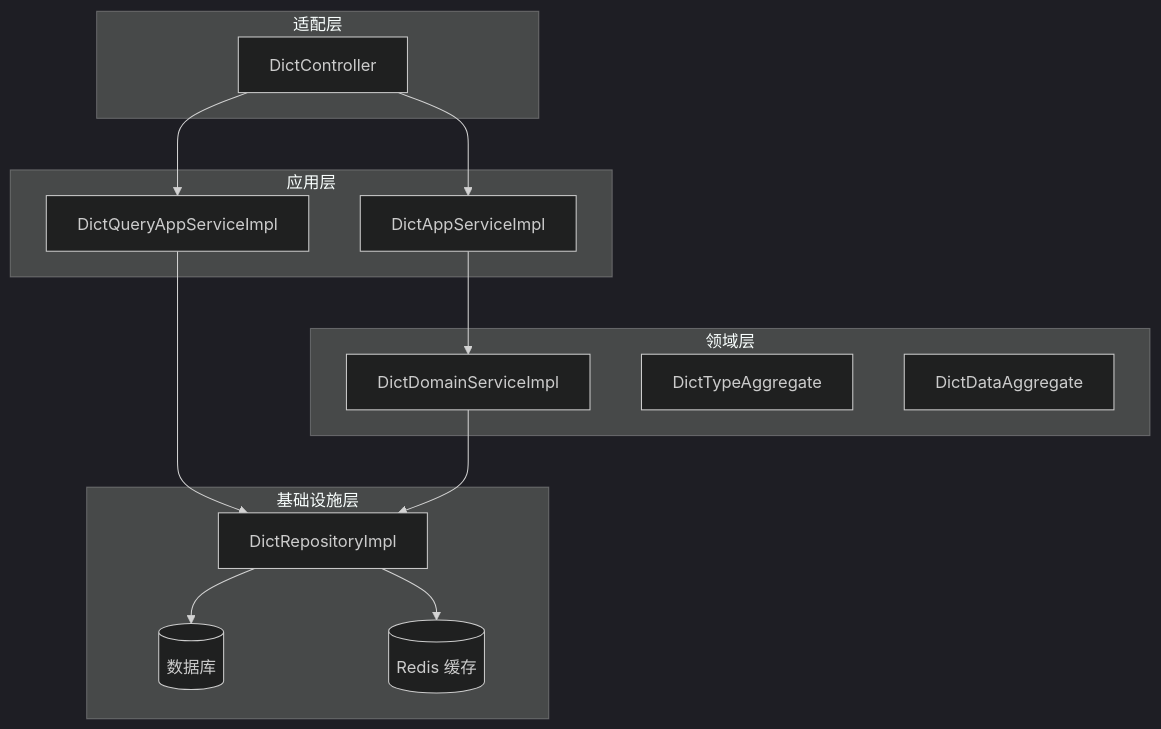
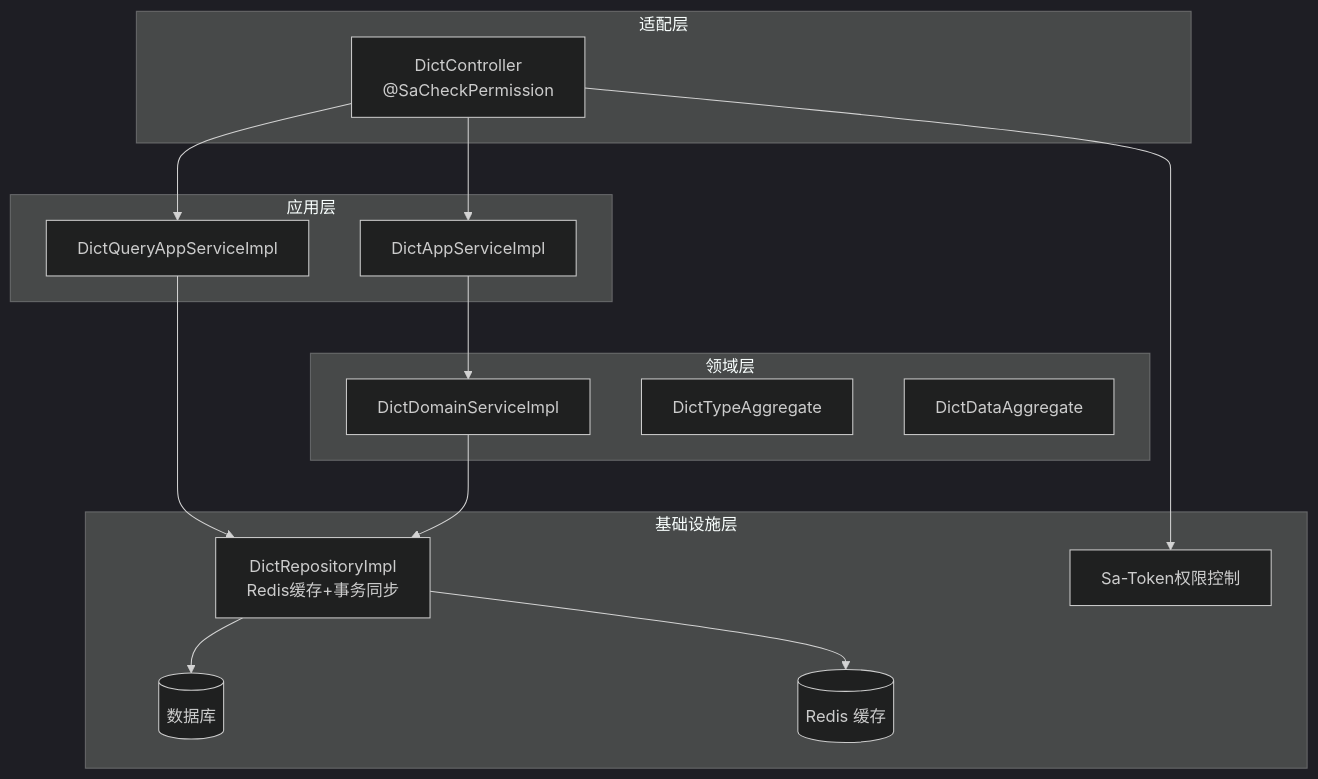
The first of 6 diagrams in .qoder/repowiki/zh/content/核心业务模块/字典管理模块.md (sunnaoxixi/spring-ddd-template), drawn with Mermaid (dark theme) before and after one commit. The commit also changed other lines of this file and 91 other files, not shown here.

````diff
--- a/.qoder/repowiki/zh/content/核心业务模块/字典管理模块.md
+++ b/.qoder/repowiki/zh/content/核心业务模块/字典管理模块.md
@@ -39,27 +49,29 @@
 ```mermaid
 graph TB
 subgraph "适配层"
-C["DictController"]
+C["DictController<br/>@SaCheckPermission"]
 end
 subgraph "应用层"
 A1["DictAppServiceImpl"]
 A2["DictQueryAppServiceImpl"]
 end
 subgraph "领域层"
 D1["DictDomainServiceImpl"]
 AGT["DictTypeAggregate"]
 AGD["DictDataAggregate"]
 end
 subgraph "基础设施层"
-R["DictRepositoryImpl"]
+R["DictRepositoryImpl<br/>Redis缓存+事务同步"]
 DB[("数据库")]
 REDIS[("Redis 缓存")]
+AUTH["Sa-Token权限控制"]
 end
 C --> A1
 C --> A2
 A1 --> D1
 A2 --> R
 D1 --> R
 R --> DB
 R --> REDIS
+C --> AUTH
 ```
````
